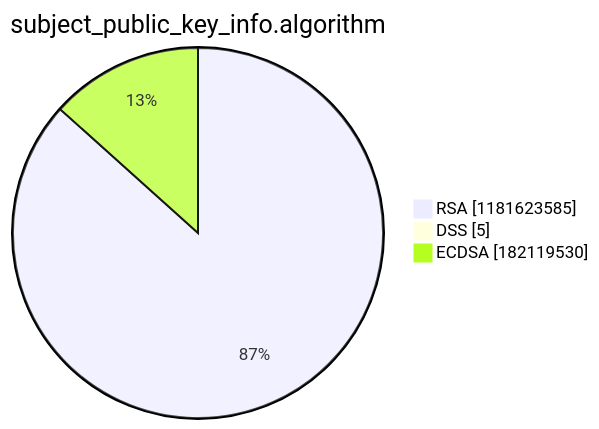
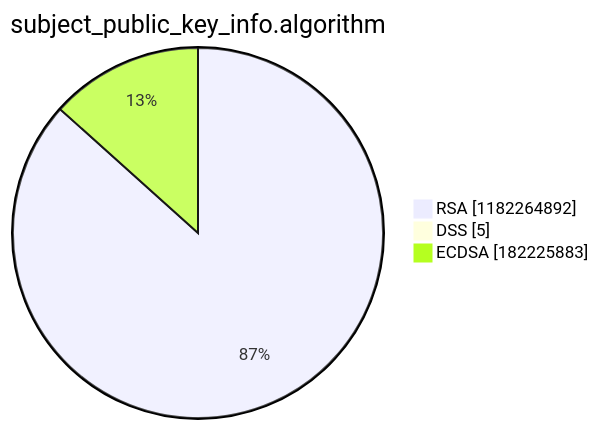
One commit to christiankrug/ctmonitor_visualization changed the third of 15 diagrams in argon2022/README.md. Above: the diagram before and after it, drawn with Mermaid. The commit also changed other lines of this file, not shown here.

````diff
--- a/argon2022/README.md
+++ b/argon2022/README.md
@@ -14,7 +14,7 @@
 ```mermaid
 pie showData
 title subject_public_key_info.algorithm
-"RSA" :1181623585
+"RSA" :1182264892
 "DSS" :5
-"ECDSA" :182119530
+"ECDSA" :182225883
 ```
````
